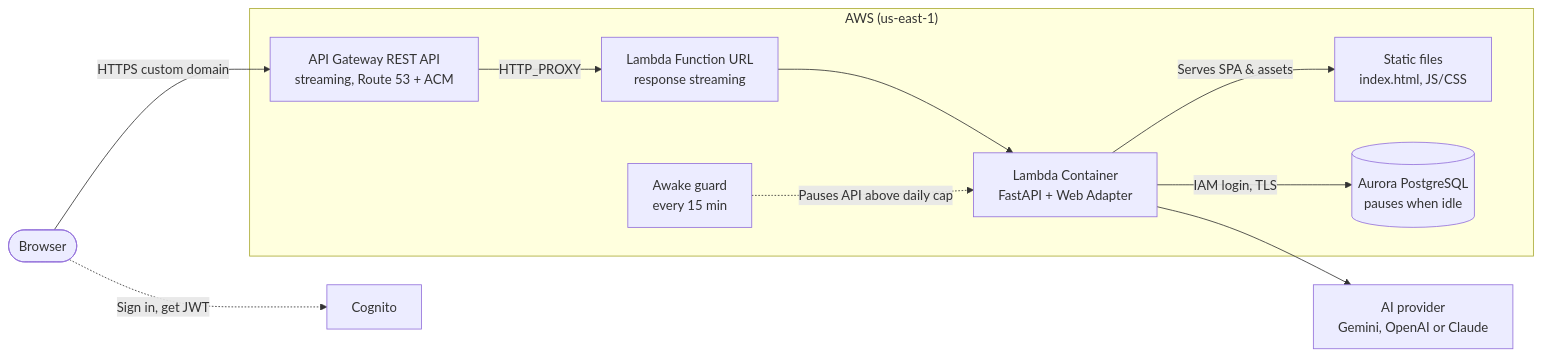
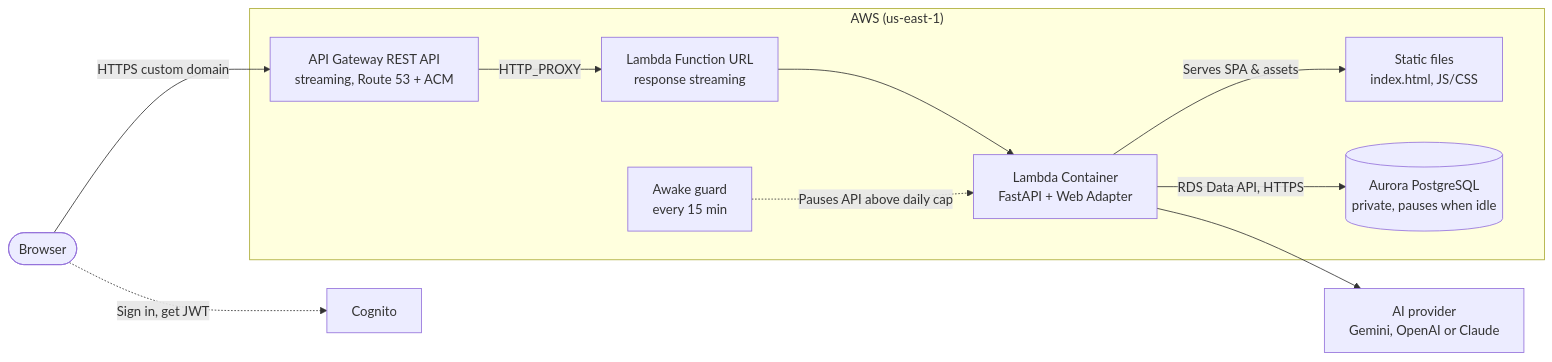
Before and after one commit to taitrd/ai-powered-chat: the diagram in docs/diagrams/architecture.mmd, drawn with Mermaid. The commit also changed 5 other files, not shown here.

Commit message:
feat: update deployment workflow and scripts to use RDS Data API

```diff
--- a/docs/diagrams/architecture.mmd
+++ b/docs/diagrams/architecture.mmd
@@ -1,13 +1,13 @@
 flowchart LR
     Browser([Browser]) -->|HTTPS custom domain| APIGW[API Gateway REST API<br/>streaming, Route 53 + ACM]
     Browser -.->|Sign in, get JWT| Cognito[Cognito]
 
     subgraph AWS["AWS (us-east-1)"]
         APIGW -->|HTTP_PROXY| URL[Lambda Function URL<br/>response streaming]
         URL --> Lambda[Lambda Container<br/>FastAPI + Web Adapter]
         Lambda -->|Serves SPA & assets| Static[Static files<br/>index.html, JS/CSS]
-        Lambda -->|IAM login, TLS| Aurora[(Aurora PostgreSQL<br/>pauses when idle)]
+        Lambda -->|RDS Data API, HTTPS| Aurora[(Aurora PostgreSQL<br/>private, pauses when idle)]
         Guard[Awake guard<br/>every 15 min] -.->|Pauses API above daily cap| Lambda
     end
 
     Lambda --> AI[AI provider<br/>Gemini, OpenAI or Claude]
```
